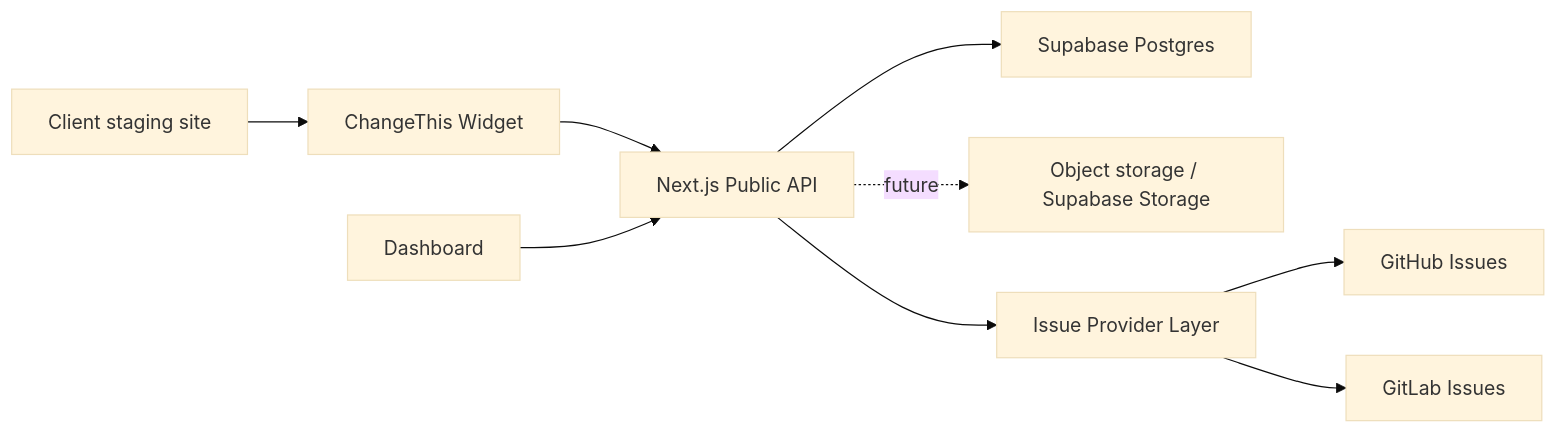
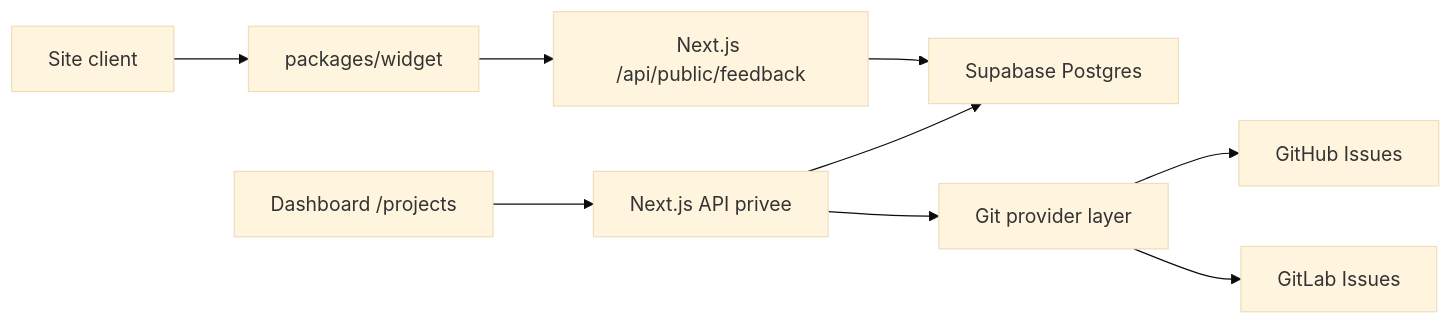
The first of 2 diagrams in docs/architecture.md (MLyte/ChangeThis), drawn with Mermaid (base theme) before and after one commit. The commit also changed other lines of this file and 46 other files, not shown here.

````diff
--- a/docs/architecture.md
+++ b/docs/architecture.md
@@ -20,11 +24,11 @@
 ```mermaid
 flowchart LR
-  Site["Client staging site"] --> Widget["ChangeThis Widget"]
-  Widget --> Api["Next.js Public API"]
-  Api --> Db["Supabase Postgres"]
-  Api -. future .-> Storage["Object storage / Supabase Storage"]
-  Api --> Providers["Issue Provider Layer"]
+  Site["Site client"] --> Widget["packages/widget"]
+  Widget --> PublicApi["Next.js /api/public/feedback"]
+  PublicApi --> Supabase["Supabase Postgres"]
+  Dashboard["Dashboard /projects"] --> NextApi["Next.js API privee"]
+  NextApi --> Supabase
+  NextApi --> Providers["Git provider layer"]
   Providers --> GitHub["GitHub Issues"]
   Providers --> GitLab["GitLab Issues"]
-  Dashboard["Dashboard"] --> Api
 ```
````
